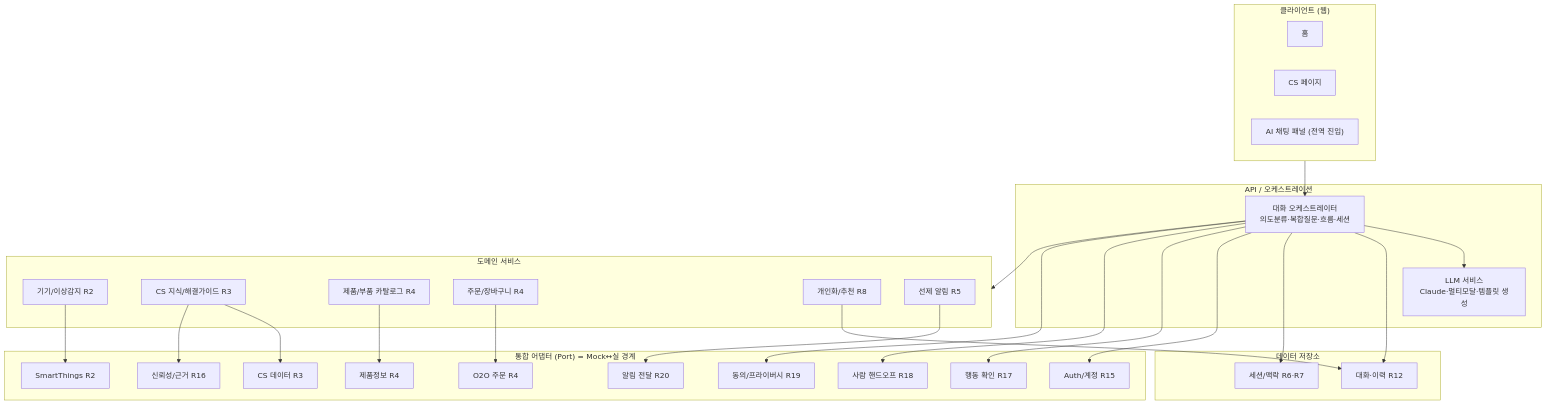
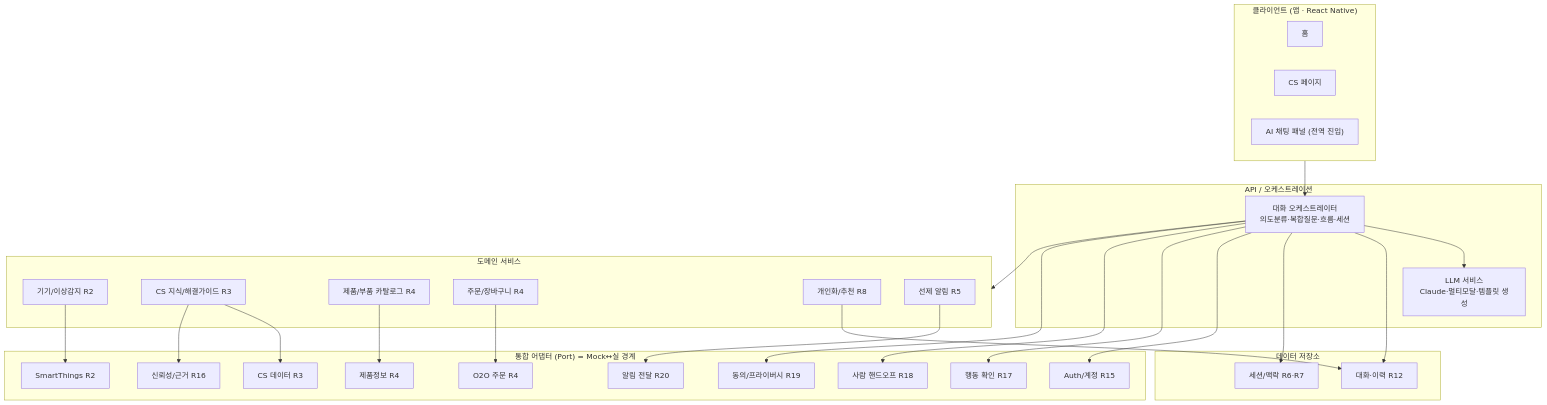
Before and after one commit to 92LEEJUN/rubicon-3: the first of 6 diagrams in specs/samsung-ai-concierge/design.md, drawn with Mermaid. The commit also changed other lines of this file, not shown here.

````diff
--- a/specs/samsung-ai-concierge/design.md
+++ b/specs/samsung-ai-concierge/design.md
@@ -25,57 +25,57 @@
 ```mermaid
 flowchart TB
-  subgraph Client["클라이언트 (웹)"]
+  subgraph Client["클라이언트 (앱 · React Native)"]
     Home["홈"]
     CSPage["CS 페이지"]
     Chat["AI 채팅 패널 (전역 진입)"]
   end
 
   subgraph APILayer["API / 오케스트레이션"]
     Orch["대화 오케스트레이터<br/>의도분류·복합질문·흐름·세션"]
     LLM["LLM 서비스<br/>Claude·멀티모달·템플릿 생성"]
   end
 
   subgraph DomainSvc["도메인 서비스"]
     DeviceSvc["기기/이상감지 R2"]
     KnowSvc["CS 지식/해결가이드 R3"]
     CatalogSvc["제품/부품 카탈로그 R4"]
     OrderSvc["주문/장바구니 R4"]
     PersSvc["개인화/추천 R8"]
     NotiSvc["선제 알림 R5"]
   end
 
   subgraph Ports["통합 어댑터 (Port) = Mock↔실 경계"]
     AuthP["Auth/계정 R15"]
     STP["SmartThings R2"]
     O2OP["O2O 주문 R4"]
     CSDataP["CS 데이터 R3"]
     CatP["제품정보 R4"]
     TrustP["신뢰성/근거 R16"]
     ActP["행동 확인 R17"]
     HandoffP["사람 핸드오프 R18"]
     AlertP["알림 전달 R20"]
     ConsentP["동의/프라이버시 R19"]
   end
 
   subgraph DataStore["데이터 저장소"]
     ConvDB["대화·이력 R12"]
     SessDB["세션/맥락 R6·R7"]
   end
 
   Client --> Orch
   Orch --> LLM
   Orch --> DomainSvc
   Orch --> ConvDB
   Orch --> SessDB
   Orch --> AuthP
   Orch --> ActP
   Orch --> HandoffP
   DeviceSvc --> STP
   KnowSvc --> CSDataP
   KnowSvc --> TrustP
   CatalogSvc --> CatP
   OrderSvc --> O2OP
   PersSvc --> ConvDB
   NotiSvc --> AlertP
   Orch --> ConsentP
 ```
````
